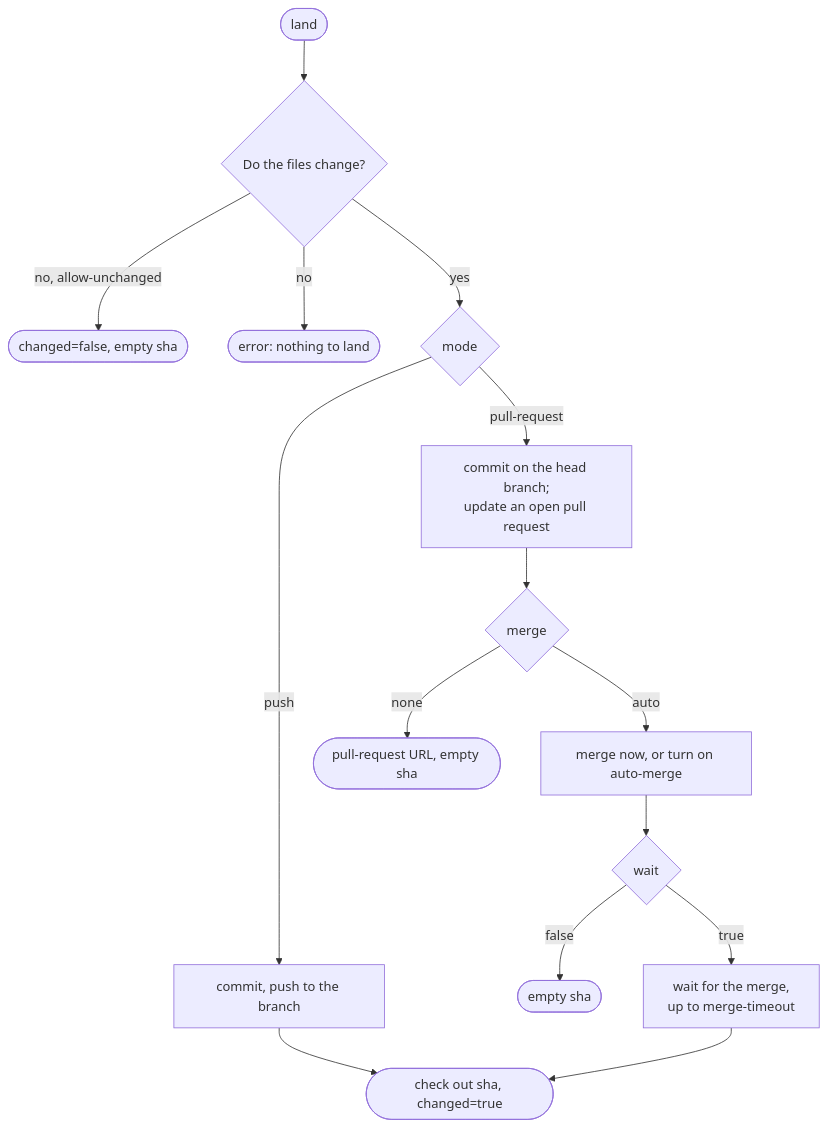
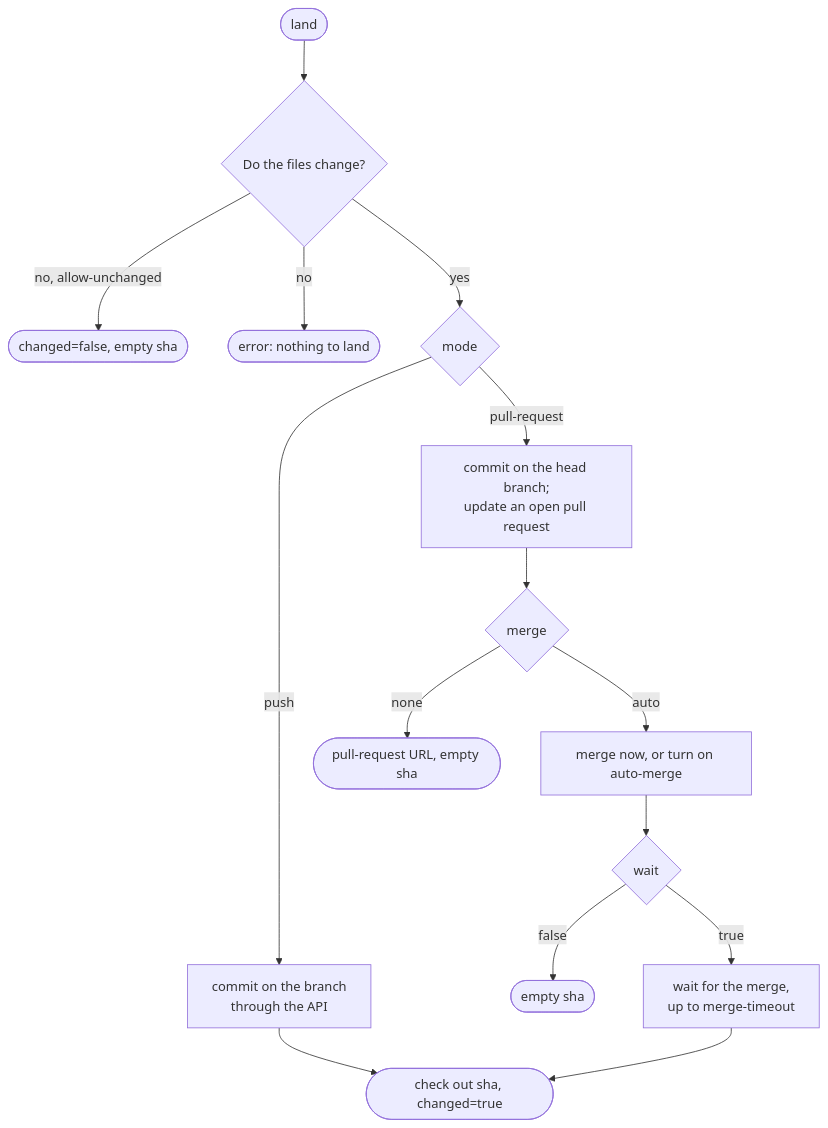
The second of 2 diagrams in README.md (mcanouil/release-actions), drawn with Mermaid before and after one commit. The commit also changed other lines of this file and 5 other files, not shown here.

Commit message:
feat(land): commit pushes through the GitHub API (#12)

````diff
--- a/README.md
+++ b/README.md
@@ -480,17 +494,17 @@
 ```mermaid
 flowchart TD
   start(["land"]) --> staged{"Do the files change?"}
   staged -- "no, allow-unchanged" --> unchanged(["changed=false, empty sha"])
   staged -- "no" --> stop(["error: nothing to land"])
   staged -- "yes" --> mode{"mode"}
-  mode -- "push" --> push["commit, push to the branch"]
+  mode -- "push" --> push["commit on the branch<br/>through the API"]
   push --> done(["check out sha, changed=true"])
   mode -- "pull-request" --> branch["commit on the head branch;<br/>update an open pull request"]
   branch --> merge{"merge"}
   merge -- "none" --> open(["pull-request URL, empty sha"])
   merge -- "auto" --> merged["merge now, or turn on auto-merge"]
   merged --> wait{"wait"}
   wait -- "false" --> nowait(["empty sha"])
   wait -- "true" --> poll["wait for the merge,<br/>up to merge-timeout"]
   poll --> done
 ```
````
